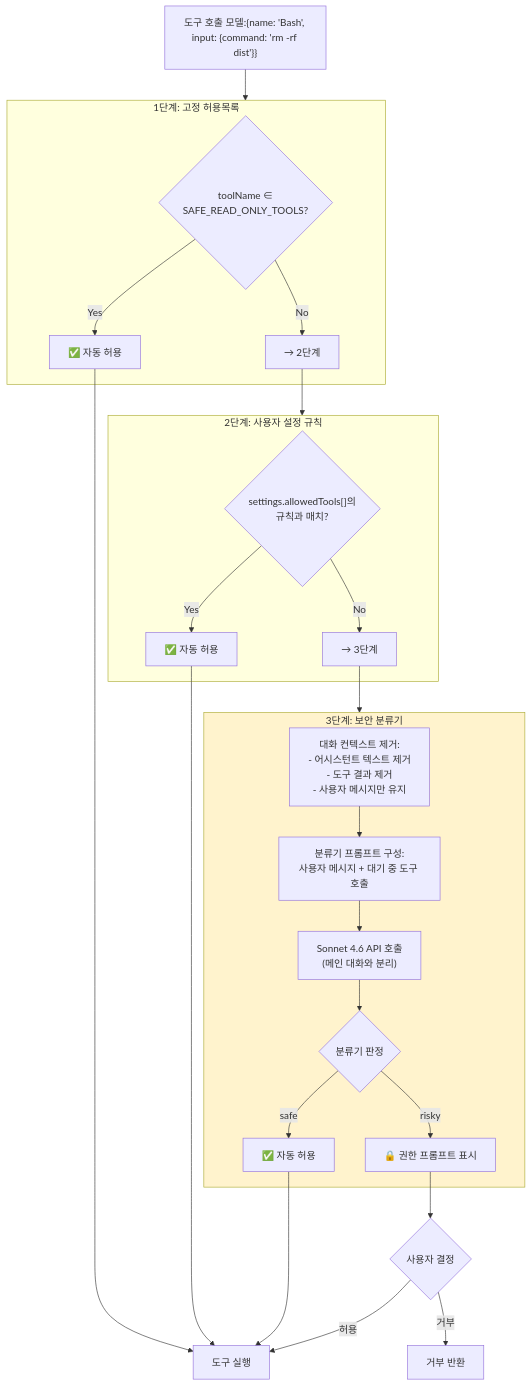
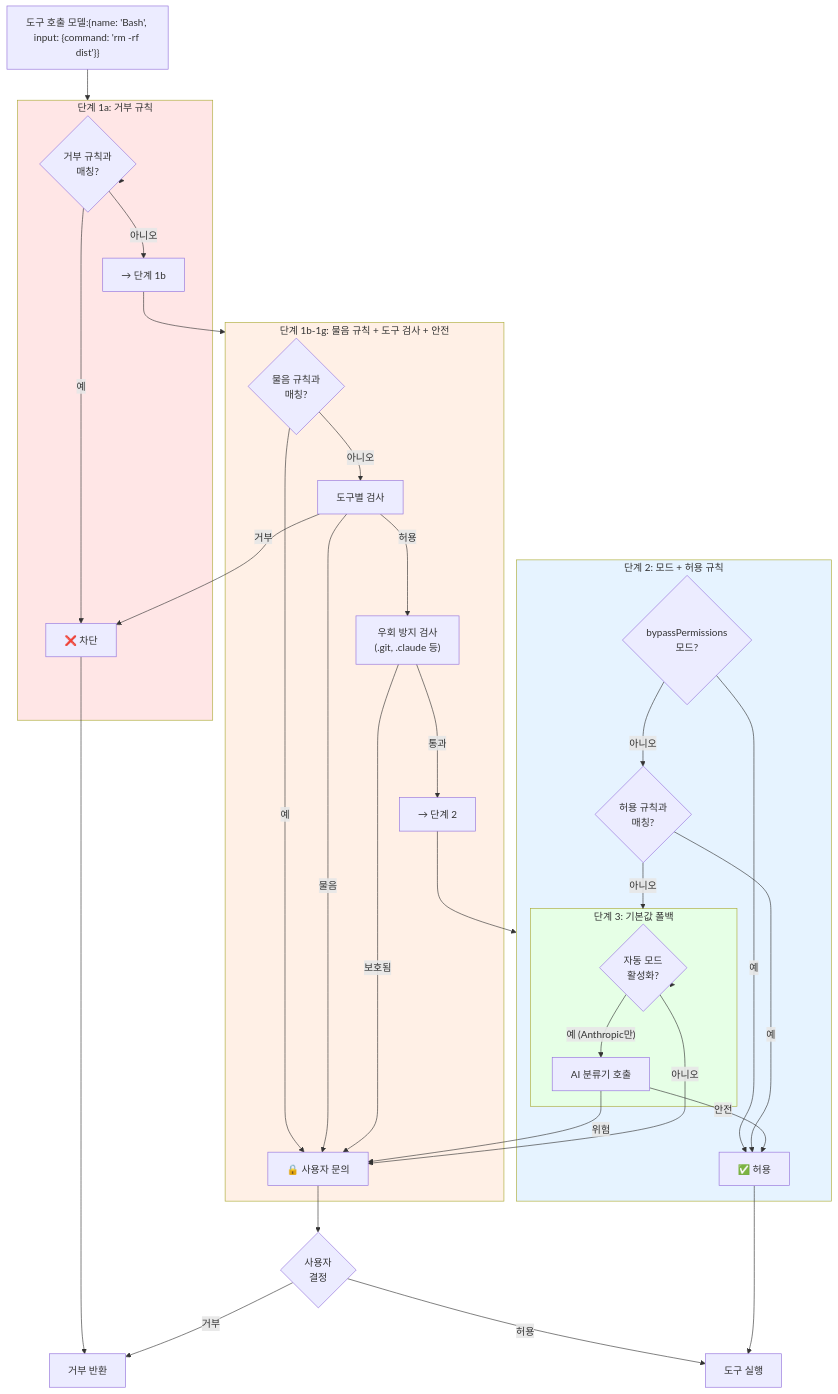
The second of 4 diagrams in docs/deep/ko/security/permission-model.md (hi-space/claude-code-unpack-docs), drawn with Mermaid before and after one commit. The commit also changed other lines of this file and 51 other files, not shown here.

````diff
--- a/docs/deep/ko/security/permission-model.md
+++ b/docs/deep/ko/security/permission-model.md
@@ -9,38 +57,53 @@
 ```mermaid
 flowchart TB
-    TC["도구 호출 모델:{name: 'Bash', input: {command: 'rm -rf dist'}}"] --> L1
+    TC["도구 호출 모델:{name: 'Bash', input: {command: 'rm -rf dist'}}"] --> Deny
 
-    subgraph L1["1단계: 고정 허용목록"]
-        Check1{"toolName ∈<br/>SAFE_READ_ONLY_TOOLS?"}
-        Check1 -->|"Yes"| Allow1["✅ 자동 허용"]
-        Check1 -->|"No"| PassL2["→ 2단계"]
+    subgraph Deny["단계 1a: 거부 규칙"]
+        Check1{"거부 규칙과<br/>매칭?"}
+        Check1 -->|"예"| DenyBlock["❌ 차단"]
+        Check1 -->|"아니오"| AskPhase["→ 단계 1b"]
     end
 
-    subgraph L2["2단계: 사용자 설정 규칙"]
-        Check2{"settings.allowedTools[]의<br/>규칙과 매치?"}
-        Check2 -->|"Yes"| Allow2["✅ 자동 허용"]
-        Check2 -->|"No"| PassL3["→ 3단계"]
+    subgraph Ask["단계 1b-1g: 물음 규칙 + 도구 검사 + 안전"]
+        Check2{"물음 규칙과<br/>매칭?"}
+        Check2 -->|"예"| AskPrompt["🔒 사용자 문의"]
+        Check2 -->|"아니오"| ToolCheck["도구별 검사"]
+        ToolCheck -->|"거부"| DenyBlock
+        ToolCheck -->|"물음"| AskPrompt
+        ToolCheck -->|"허용"| SafeCheck["우회 방지 검사<br/>(.git, .claude 등)"]
+        SafeCheck -->|"보호됨"| AskPrompt
+        SafeCheck -->|"통과"| ModePhase["→ 단계 2"]
     end
 
-    subgraph L3["3단계: 보안 분류기"]
-        Strip["대화 컨텍스트 제거:<br/>- 어시스턴트 텍스트 제거<br/>- 도구 결과 제거<br/>- 사용자 메시지만 유지"]
-        Strip --> Build["분류기 프롬프트 구성:<br/>사용자 메시지 + 대기 중 도구 호출"]
-        Build --> Call["Sonnet 4.6 API 호출<br/>(메인 대화와 분리)"]
-        Call --> Eval{"분류기 판정"}
-        Eval -->|"safe"| Allow3["✅ 자동 허용"]
-        Eval -->|"risky"| Ask["🔒 권한 프롬프트 표시"]
+    subgraph Mode["단계 2: 모드 + 허용 규칙"]
+        Check3{"bypassPermissions<br/>모드?"}
+        Check3 -->|"예"| Allow1["✅ 허용"]
+        Check3 -->|"아니오"| Check4{"허용 규칙과<br/>매칭?"}
+        Check4 -->|"예"| Allow1
+        Check4 -->|"아니오"| Default["→ 단계 3"]
     end
 
-    PassL2 --> L2
-    PassL3 --> L3
+    subgraph Default["단계 3: 기본값 폴백"]
+        Check5{"자동 모드<br/>활성화?"}
+        Check5 -->|"예 (Anthropic만)"| Classify["AI 분류기 호출"]
+        Classify -->|"안전"| Allow1
+        Classify -->|"위험"| AskPrompt
+        Check5 -->|"아니오"| AskPrompt
+    end
 
-    Ask --> User{"사용자 결정"}
-    User -->|"허용"| Execute["도구 실행"]
-    User -->|"거부"| Deny["거부 반환"]
+    DenyBlock --> Deny_Return["거부 반환"]
+    AskPrompt --> UserDecision{"사용자<br/>결정"}
+    UserDecision -->|"허용"| Execute["도구 실행"]
+    UserDecision -->|"거부"| Deny_Return
+    Allow1 --> Execute
 
-    Allow1 --> Execute
-    Allow2 --> Execute
-    Allow3 --> Execute
+    Deny --> Check1
+    AskPhase --> Ask
+    ModePhase --> Mode
+    Default --> Check5
 
-    style L3 fill:#fff3cd
+    style Deny fill:#ffe6e6
+    style Ask fill:#fff0e6
+    style Mode fill:#e6f3ff
+    style Default fill:#e6ffe6
 ```
````
